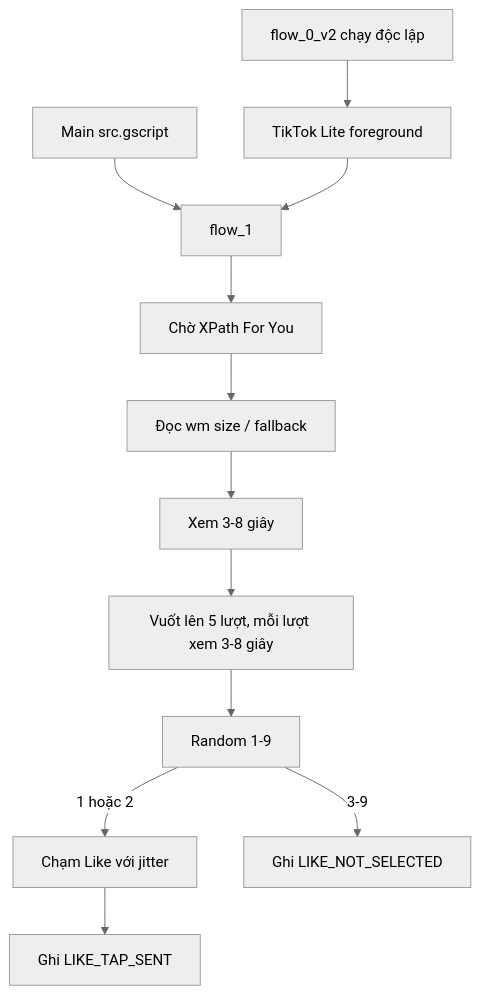
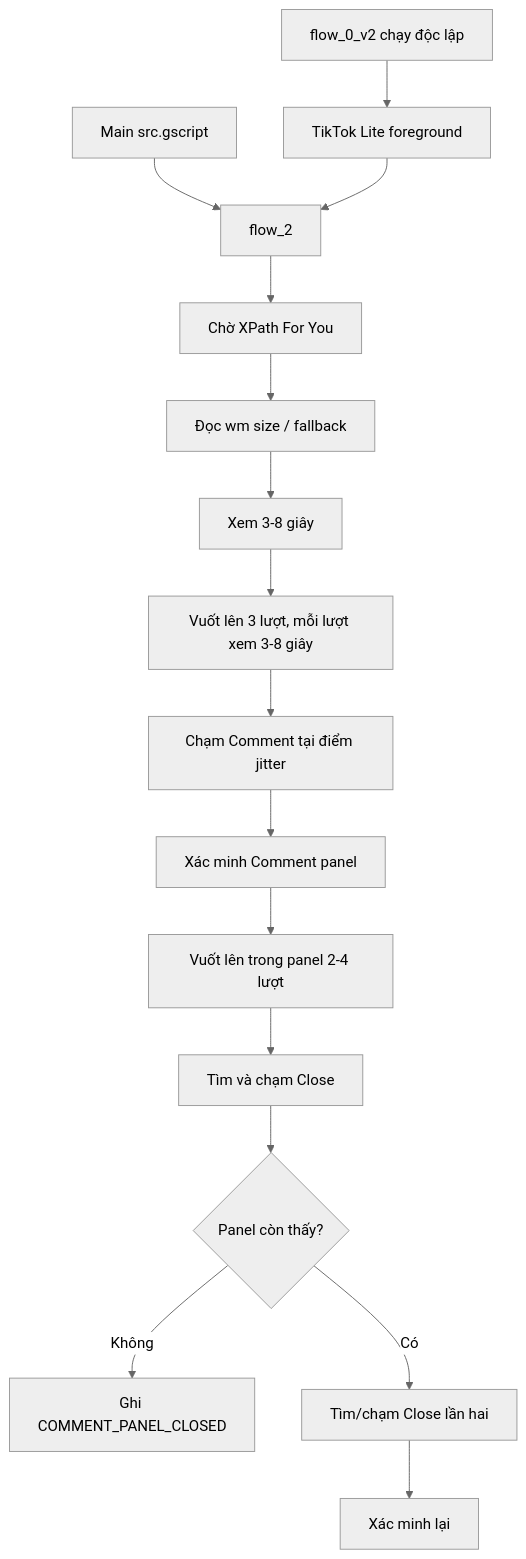
Before and after one commit to phudinhvfx/gpmautomate_box_v2: the diagram in PHONE_ACTION_RUNBOOK.md, drawn with Mermaid (neutral theme). The commit also changed other lines of this file and 6 other files, not shown here.

Commit message:
Add TikTok comment reading flow

````diff
--- a/PHONE_ACTION_RUNBOOK.md
+++ b/PHONE_ACTION_RUNBOOK.md
@@ -17,14 +17,18 @@
 ```mermaid
 flowchart TD
   A[flow_0_v2 chạy độc lập] --> B[TikTok Lite foreground]
-  C[Main src.gscript] --> D[flow_1]
+  C[Main src.gscript] --> D[flow_2]
   B --> D
   D --> E[Chờ XPath For You]
   E --> F[Đọc wm size / fallback]
   F --> G[Xem 3-8 giây]
-  G --> H[Vuốt lên 5 lượt, mỗi lượt xem 3-8 giây]
-  H --> I[Random 1-9]
-  I -->|1 hoặc 2| J[Chạm Like với jitter]
-  I -->|3-9| K[Ghi LIKE_NOT_SELECTED]
-  J --> L[Ghi LIKE_TAP_SENT]
+  G --> H[Vuốt lên 3 lượt, mỗi lượt xem 3-8 giây]
+  H --> I[Chạm Comment tại điểm jitter]
+  I --> J[Xác minh Comment panel]
+  J --> K[Vuốt lên trong panel 2-4 lượt]
+  K --> L[Tìm và chạm Close]
+  L --> M{Panel còn thấy?}
+  M -->|Không| N[Ghi COMMENT_PANEL_CLOSED]
+  M -->|Có| O[Tìm/chạm Close lần hai]
+  O --> P[Xác minh lại]
 ```
````
